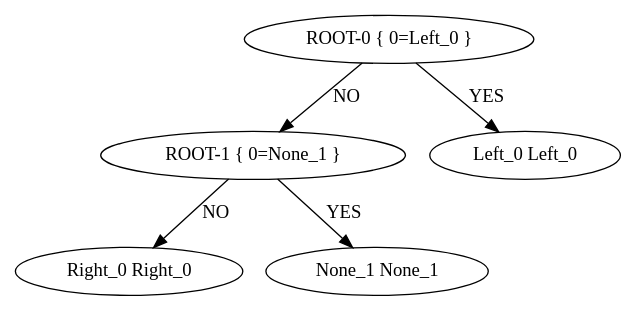
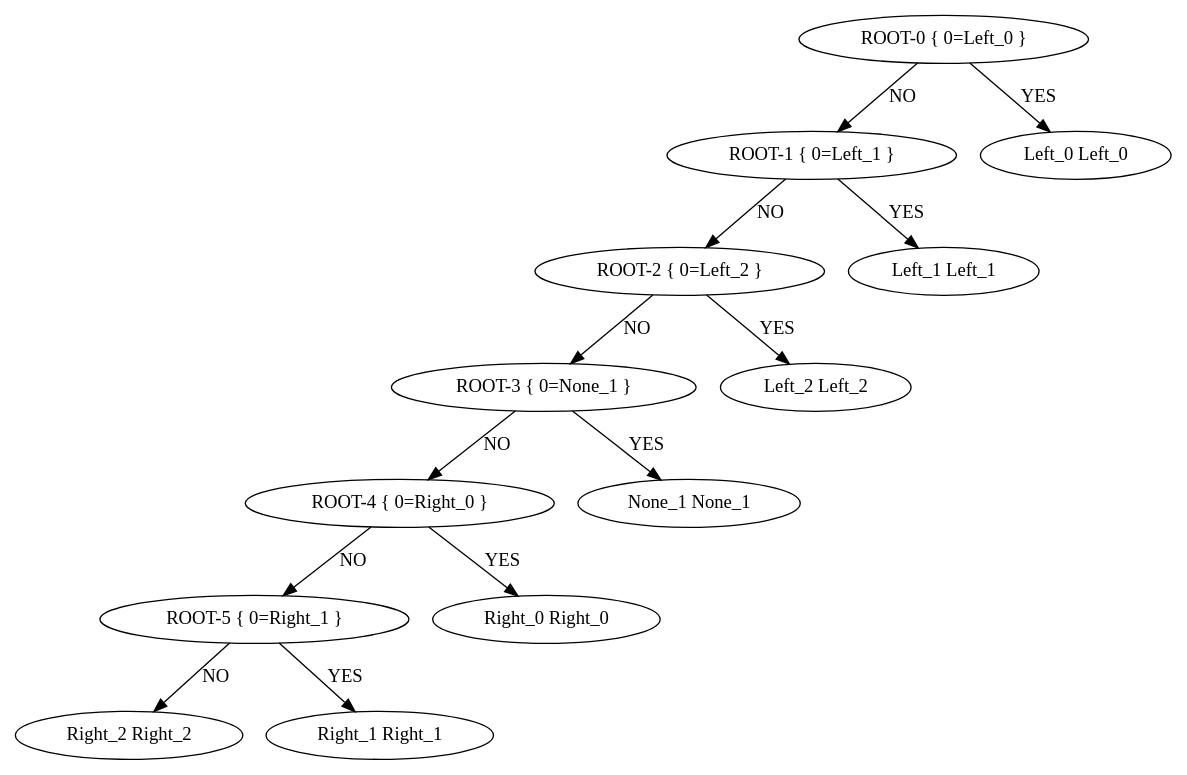
One commit to pyLiveNodes/LiveNodes changed the diagram in topo.dot. Above: the diagram before and after it, drawn with Graphviz. The commit also changed 45 other files, not shown here.

```diff
--- a/topo.dot
+++ b/topo.dot
@@ -1,11 +1,27 @@
 digraph G {
 1 [ label="ROOT-0 { 0=Left_0 }" ]
-2 [ label="ROOT-1 { 0=None_1 }" ]
-3 [ label="Right_0 Right_0" ]
-4 [ label="None_1 None_1" ]
-5 [ label="Left_0 Left_0" ]
+2 [ label="ROOT-1 { 0=Left_1 }" ]
+3 [ label="ROOT-2 { 0=Left_2 }" ]
+4 [ label="ROOT-3 { 0=None_1 }" ]
+5 [ label="ROOT-4 { 0=Right_0 }" ]
+6 [ label="ROOT-5 { 0=Right_1 }" ]
+7 [ label="Right_2 Right_2" ]
+8 [ label="Right_1 Right_1" ]
+9 [ label="Right_0 Right_0" ]
+10 [ label="None_1 None_1" ]
+11 [ label="Left_2 Left_2" ]
+12 [ label="Left_1 Left_1" ]
+13 [ label="Left_0 Left_0" ]
 1->2 [ label="NO" ]
 2->3 [ label="NO" ]
-2->4 [ label="YES" ]
-1->5 [ label="YES" ]
+3->4 [ label="NO" ]
+4->5 [ label="NO" ]
+5->6 [ label="NO" ]
+6->7 [ label="NO" ]
+6->8 [ label="YES" ]
+5->9 [ label="YES" ]
+4->10 [ label="YES" ]
+3->11 [ label="YES" ]
+2->12 [ label="YES" ]
+1->13 [ label="YES" ]
 }
```
